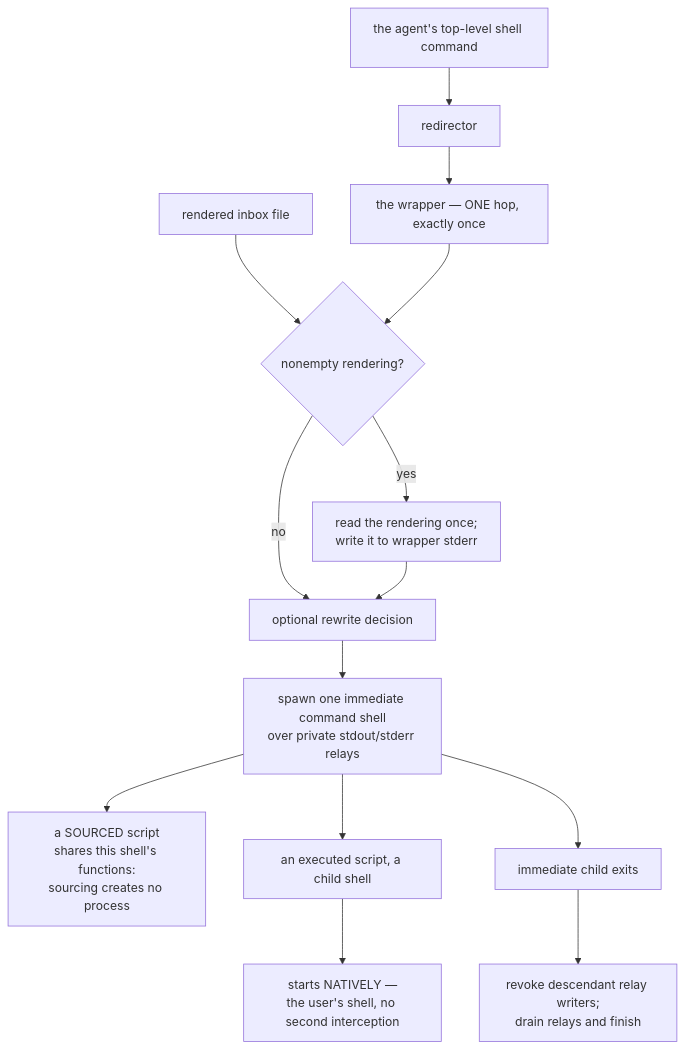
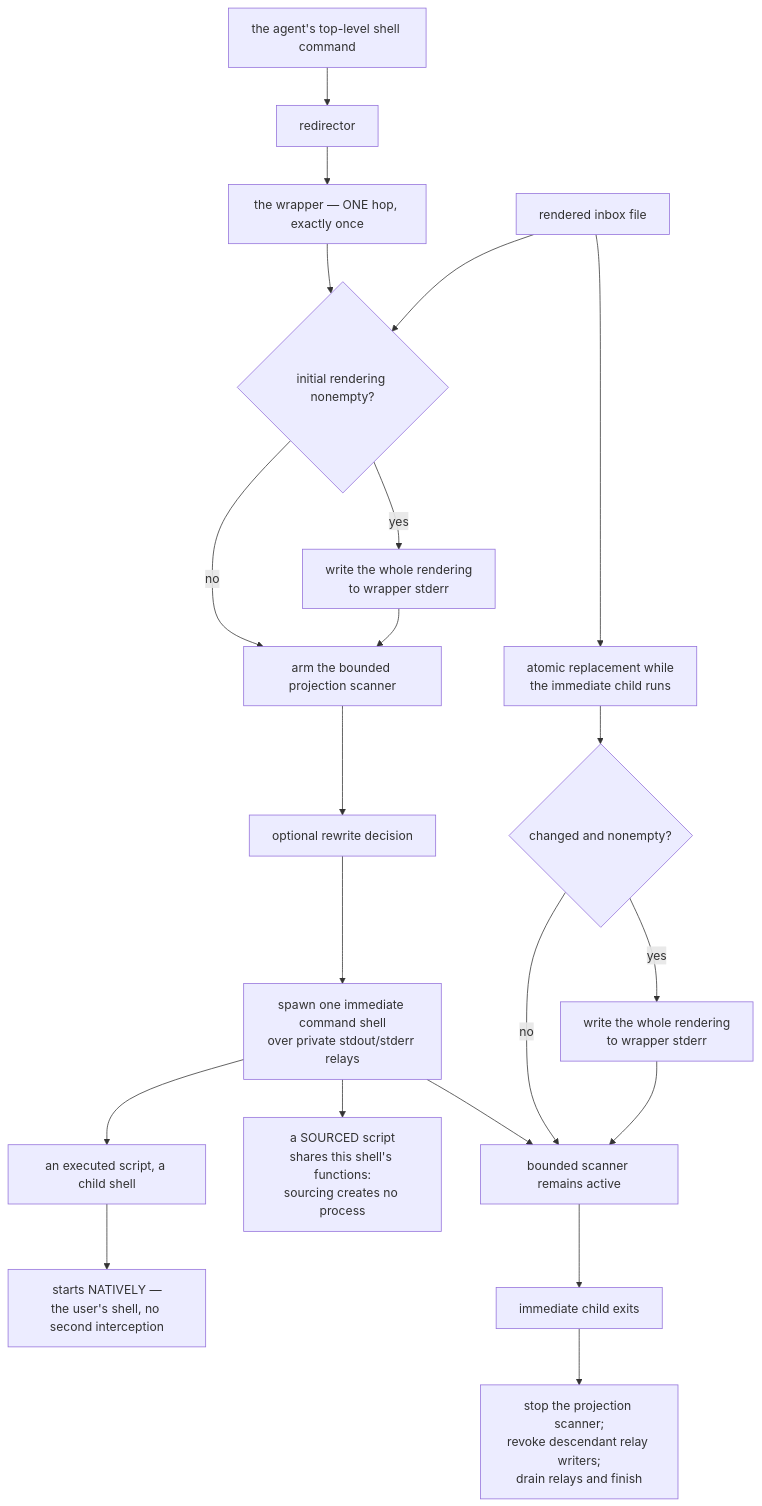
One commit to infimalabs/spice-rust changed the seventh of 10 diagrams in docs/product/planes/hooks.md. Above: the diagram before and after it, drawn with Mermaid. The commit also changed other lines of this file and 10 other files, not shown here.

Commit message:
steer: restore active-child stderr delivery DELIVER-1kRNt0KG

````diff
--- a/docs/product/planes/hooks.md
+++ b/docs/product/planes/hooks.md
@@ -151,16 +151,23 @@
 ```mermaid
 flowchart TD
   A["the agent's top-level shell command"] --> R["redirector"]
   R --> W["the wrapper — ONE hop, exactly once"]
-  I["rendered inbox file"] --> P{"nonempty rendering?"}
-  W --> P
-  P -- yes --> S["read the rendering once;<br/>write it to wrapper stderr"]
-  P -- no --> RW["optional rewrite decision"]
-  S --> RW
+  W --> Q{"initial rendering nonempty?"}
+  I["rendered inbox file"] --> Q
+  Q -- yes --> S["write the whole rendering<br/>to wrapper stderr"]
+  Q -- no --> P["arm the bounded projection scanner"]
+  S --> P
+  P --> RW["optional rewrite decision"]
   RW --> C["spawn one immediate command shell<br/>over private stdout/stderr relays"]
+  C --> L["bounded scanner remains active"]
+  I --> U["atomic replacement while<br/>the immediate child runs"]
+  U --> CH{"changed and nonempty?"}
+  CH -- yes --> E["write the whole rendering<br/>to wrapper stderr"]
+  CH -- no --> L
+  E --> L
   C --> SRC["a SOURCED script<br/>shares this shell's functions:<br/>sourcing creates no process"]
-  C --> D["an executed script, a child shell"]
-  D --> NAT["starts NATIVELY —<br/>the user's shell, no second interception"]
-  C --> X["immediate child exits"]
-  X --> V["revoke descendant relay writers;<br/>drain relays and finish"]
+  C --> EX["an executed script, a child shell"]
+  EX --> NAT["starts NATIVELY —<br/>the user's shell, no second interception"]
+  L --> X["immediate child exits"]
+  X --> V["stop the projection scanner;<br/>revoke descendant relay writers;<br/>drain relays and finish"]
 ```
````
